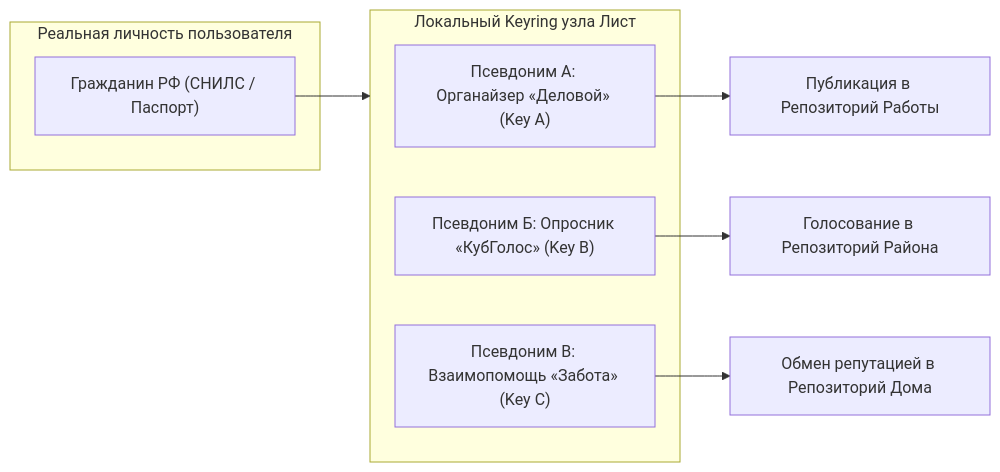
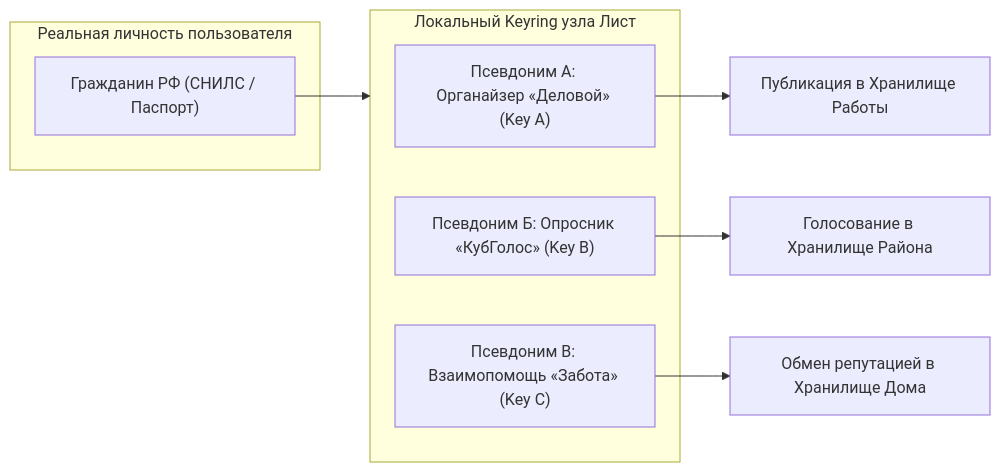
One commit to Data-Independence-Network/presentations changed diagram 11 of 11 in architecture_presentations/02_leaf_storage_engine/docs/presentation_deck.md. Above: the diagram before and after it, drawn with Mermaid. The commit also changed other lines of this file and 28 other files, not shown here.

Commit message:
refactor(terminology): replace 'репозиторий' and derivatives with 'хранилище' and update slide 13 audio

```diff
--- a/architecture_presentations/02_leaf_storage_engine/docs/presentation_deck.md
+++ b/architecture_presentations/02_leaf_storage_engine/docs/presentation_deck.md
@@ -719,17 +719,17 @@
         <div class="mermaid">
 graph LR
     subgraph Identity["Реальная личность пользователя"]
         Passport["Гражданин РФ (СНИЛС / Паспорт)"]
     end
 
     subgraph Keyring["Локальный Keyring узла Лист"]
         Key1["Псевдоним А: Органайзер «Деловой» (Key A)"]
         Key2["Псевдоним Б: Опросник «КубГолос» (Key B)"]
         Key3["Псевдоним В: Взаимопомощь «Забота» (Key C)"]
     end
 
     Passport --> Keyring
-    Key1 --> Net1["Публикация в Репозиторий Работы"]
-    Key2 --> Net2["Голосование в Репозиторий Района"]
-    Key3 --> Net3["Обмен репутацией в Репозиторий Дома"]
+    Key1 --> Net1["Публикация в Хранилище Работы"]
+    Key2 --> Net2["Голосование в Хранилище Района"]
+    Key3 --> Net3["Обмен репутацией в Хранилище Дома"]
         </div>
```
